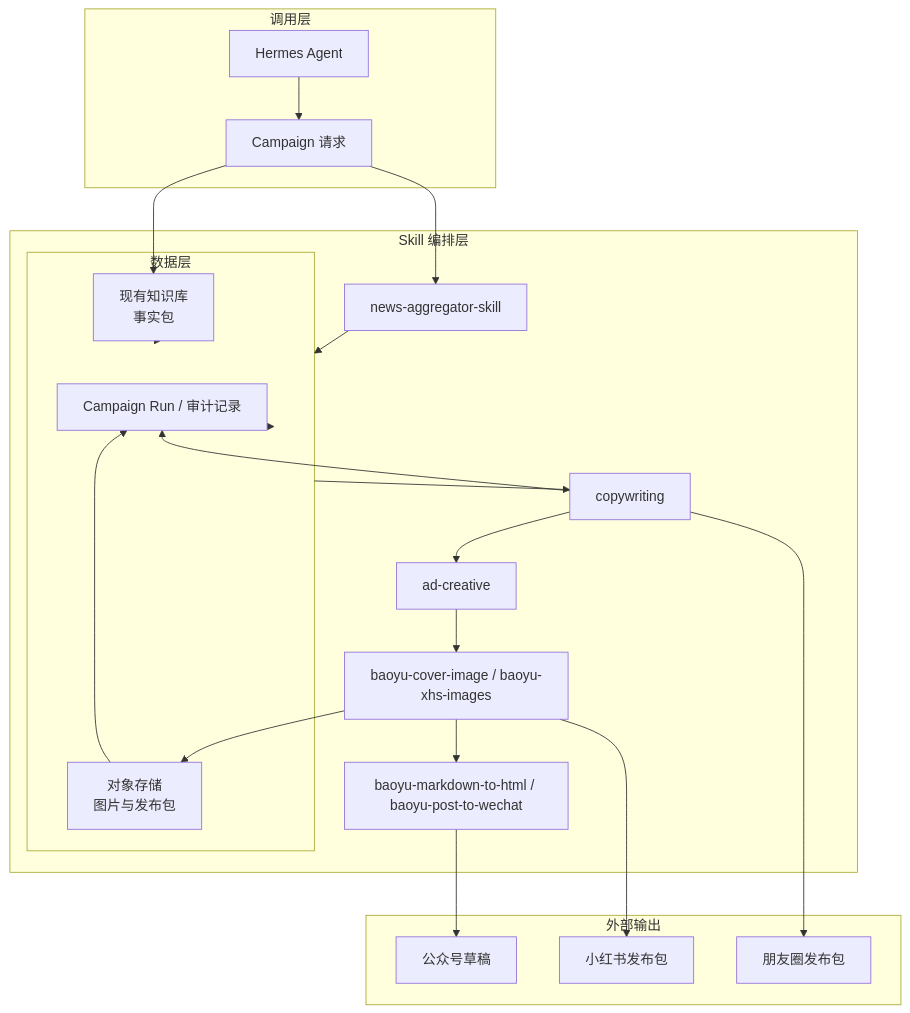
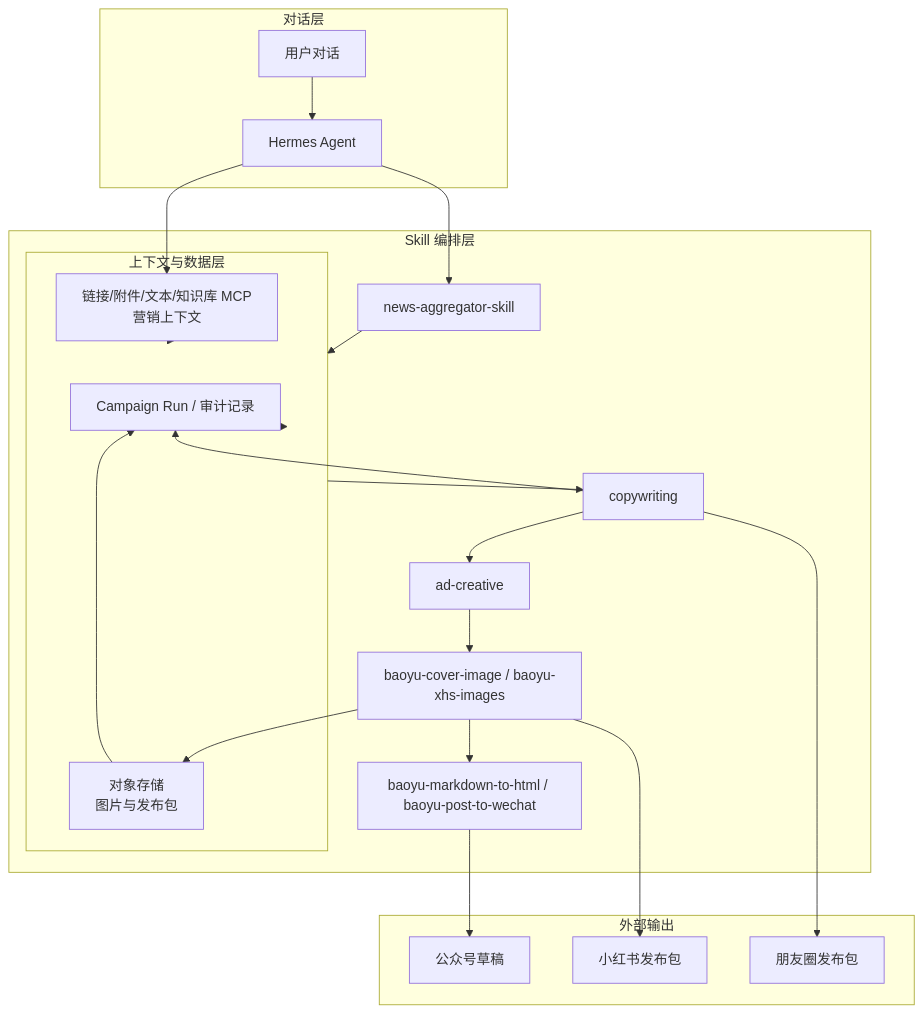
The first of 4 diagrams in docs/marketing-content-agent-prd.md (Zanetach/Agent-Canvas), drawn with Mermaid before and after one commit. The commit also changed other lines of this file, not shown here.

Commit message:
Make marketing agent workflow conversation-first

````diff
--- a/docs/marketing-content-agent-prd.md
+++ b/docs/marketing-content-agent-prd.md
@@ -171,34 +171,34 @@
 ```mermaid
 graph TB
-  subgraph U[调用层]
-    A[Hermes Agent] --> B[Campaign 请求]
+  subgraph U[对话层]
+    A[用户对话] --> B[Hermes Agent]
   end
   subgraph S[Skill 编排层]
     C[news-aggregator-skill]
     D[content-strategy]
     E[copywriting]
     F[ad-creative]
     G[baoyu-cover-image / baoyu-xhs-images]
     H[baoyu-markdown-to-html / baoyu-post-to-wechat]
   end
-  subgraph D[数据层]
-    K[现有知识库<br/>事实包]
+  subgraph D[上下文与数据层]
+    K[链接/附件/文本/知识库 MCP<br/>营销上下文]
     L[Campaign Run / 审计记录]
     M[对象存储<br/>图片与发布包]
   end
   subgraph O[外部输出]
     N[公众号草稿]
     P[小红书发布包]
     Q[朋友圈发布包]
   end
   B --> K
   B --> C --> D --> E --> F --> G --> H
   K --> D
   D --> L
   E --> L
   G --> M
   H --> N
   G --> P
   E --> Q
   M --> L
 ```
````
